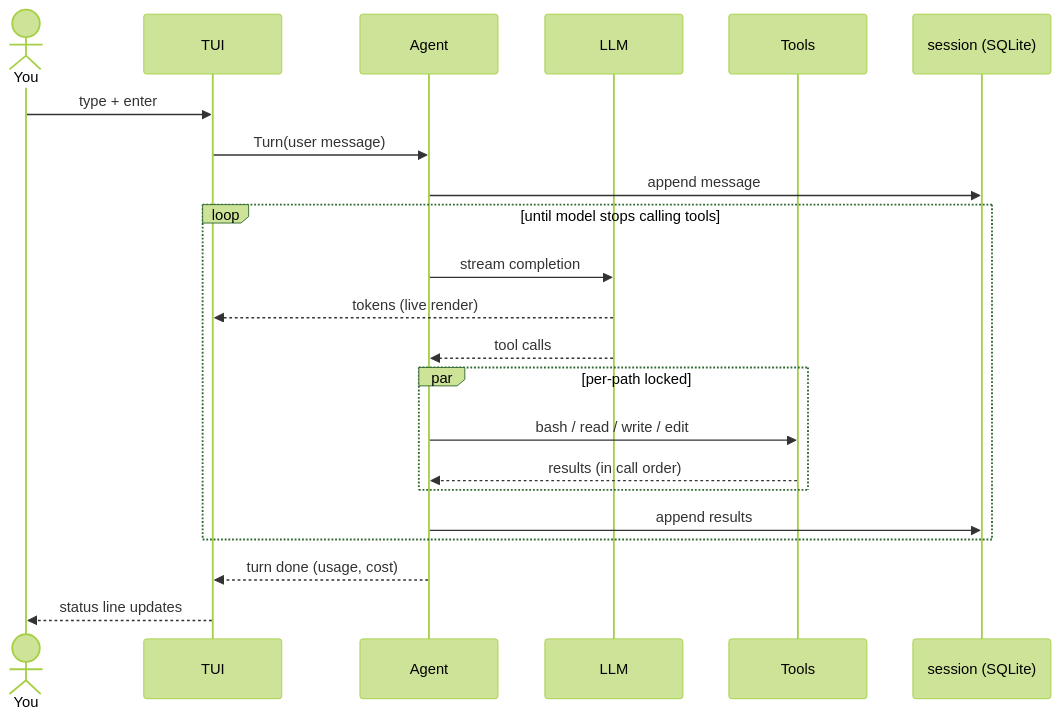
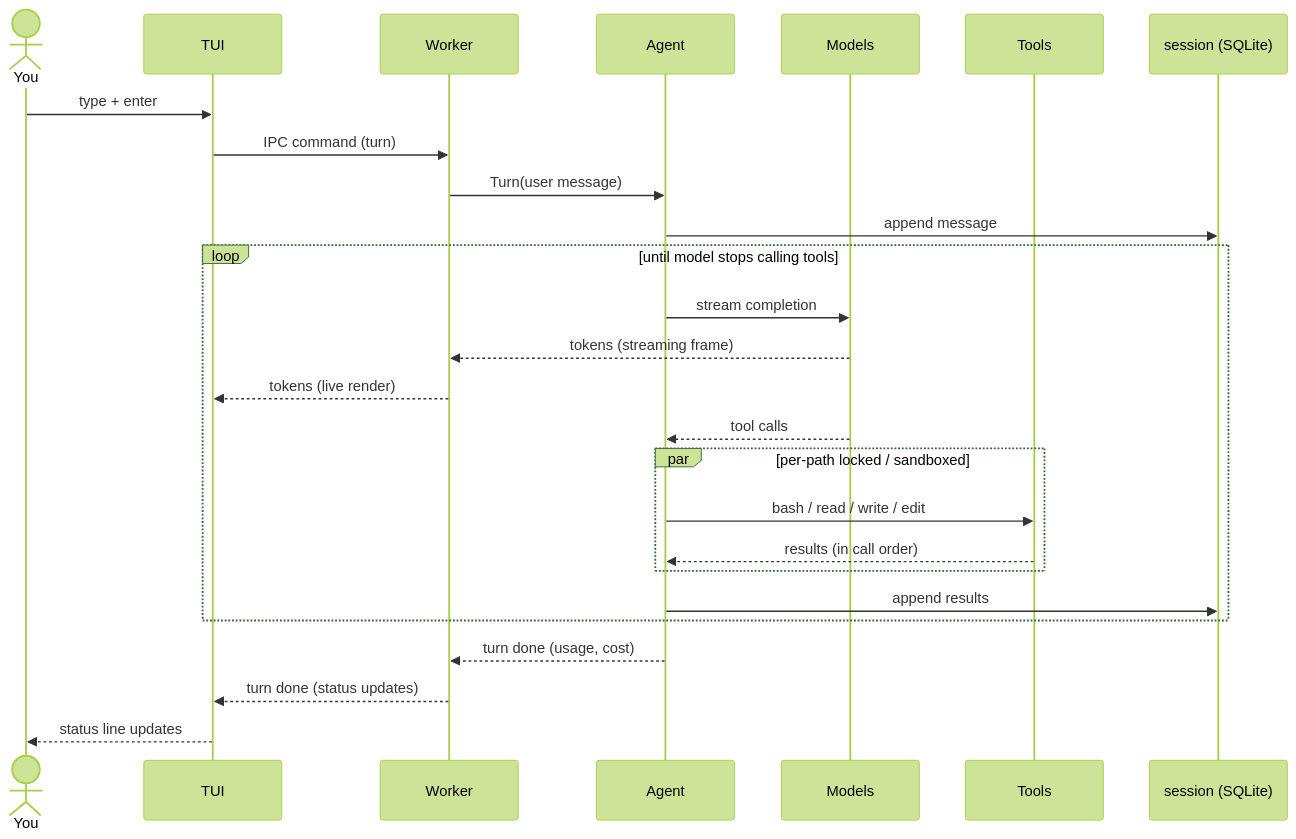
The second of 2 diagrams in docs/architecture.md (sacca97/ghg), drawn with Mermaid (forest theme) before and after one commit. The commit also changed other lines of this file and 230 other files, not shown here.

````diff
--- a/docs/architecture.md
+++ b/docs/architecture.md
@@ -55,25 +57,29 @@
 ```mermaid
 sequenceDiagram
     actor You
     participant TUI
+    participant Worker
     participant Agent
-    participant LLM
+    participant Models
     participant Tools
     participant DB as session (SQLite)
 
     You->>TUI: type + enter
-    TUI->>Agent: Turn(user message)
+    TUI->>Worker: IPC command (turn)
+    Worker->>Agent: Turn(user message)
     Agent->>DB: append message
     loop until model stops calling tools
-        Agent->>LLM: stream completion
-        LLM-->>TUI: tokens (live render)
-        LLM-->>Agent: tool calls
-        par per-path locked
+        Agent->>Models: stream completion
+        Models-->>Worker: tokens (streaming frame)
+        Worker-->>TUI: tokens (live render)
+        Models-->>Agent: tool calls
+        par per-path locked / sandboxed
             Agent->>Tools: bash / read / write / edit
             Tools-->>Agent: results (in call order)
         end
         Agent->>DB: append results
     end
-    Agent-->>TUI: turn done (usage, cost)
+    Agent-->>Worker: turn done (usage, cost)
+    Worker-->>TUI: turn done (status updates)
     TUI-->>You: status line updates
 ```
````
